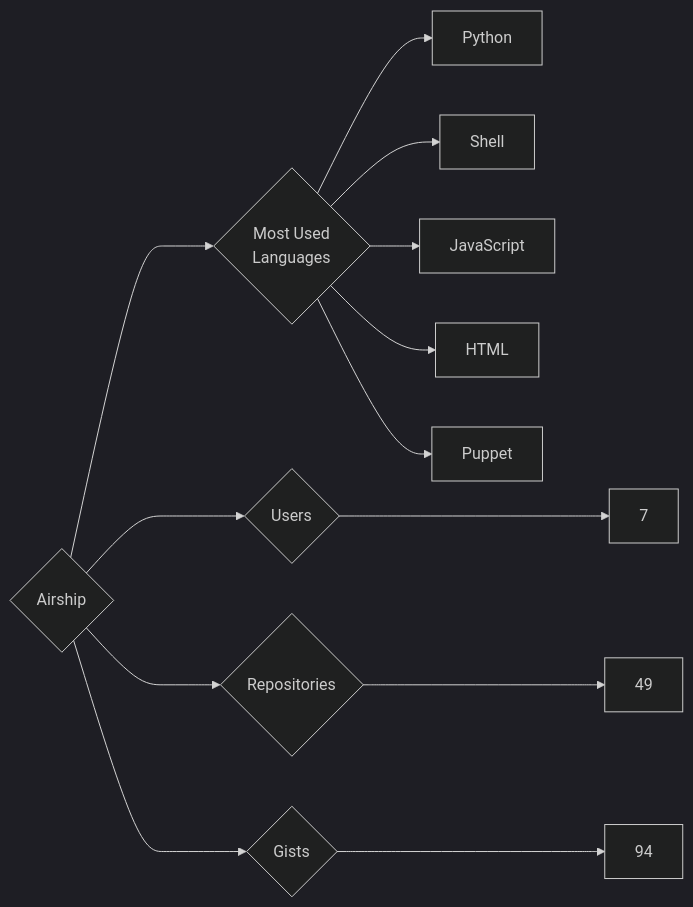
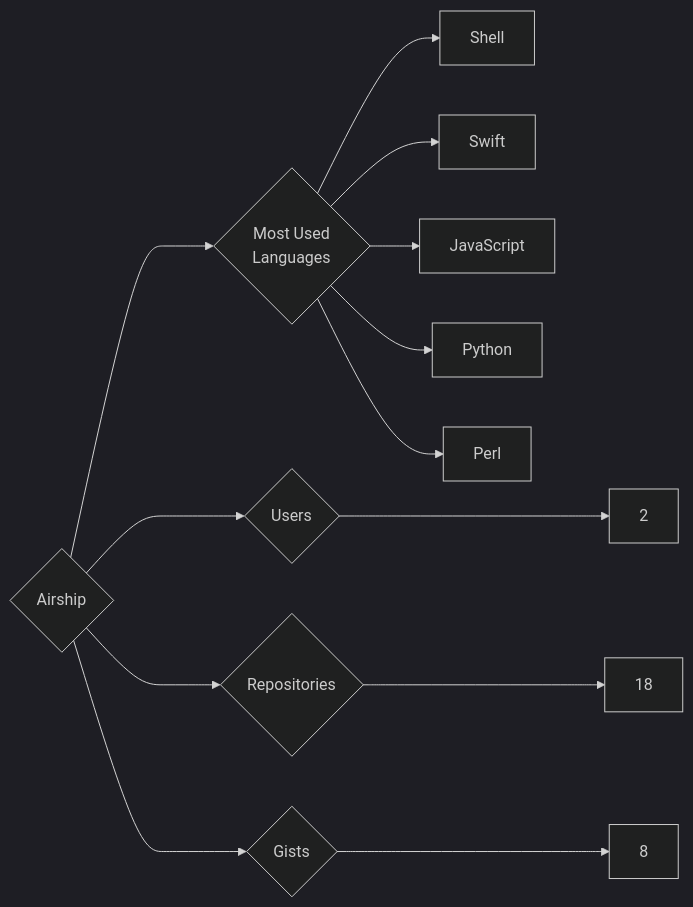
Before and after one commit to trickest/insiders: the diagram in targets/Airship/README.md, drawn with Mermaid (dark theme). The commit also changed 933 other files, not shown here.

````diff
--- a/targets/Airship/README.md
+++ b/targets/Airship/README.md
@@ -3,13 +3,13 @@
 ```mermaid
 graph LR
 COMPANY_NAME{Airship}
-COMPANY_NAME ---> U{Users} ---> UN[7]
-COMPANY_NAME ---> R{Repositories} ---> RN[49]
-COMPANY_NAME ---> G{Gists} ---> GN[94]
+COMPANY_NAME ---> U{Users} ---> UN[2]
+COMPANY_NAME ---> R{Repositories} ---> RN[18]
+COMPANY_NAME ---> G{Gists} ---> GN[8]
 COMPANY_NAME ---> ML{Most Used<br>Languages}
+ML --> Shell[Shell]
+ML --> Swift[Swift]
+ML --> JavaScript[JavaScript]
 ML --> Python[Python]
-ML --> Shell[Shell]
-ML --> JavaScript[JavaScript]
-ML --> HTML[HTML]
-ML --> Puppet[Puppet]
+ML --> Perl[Perl]
 ```
````
